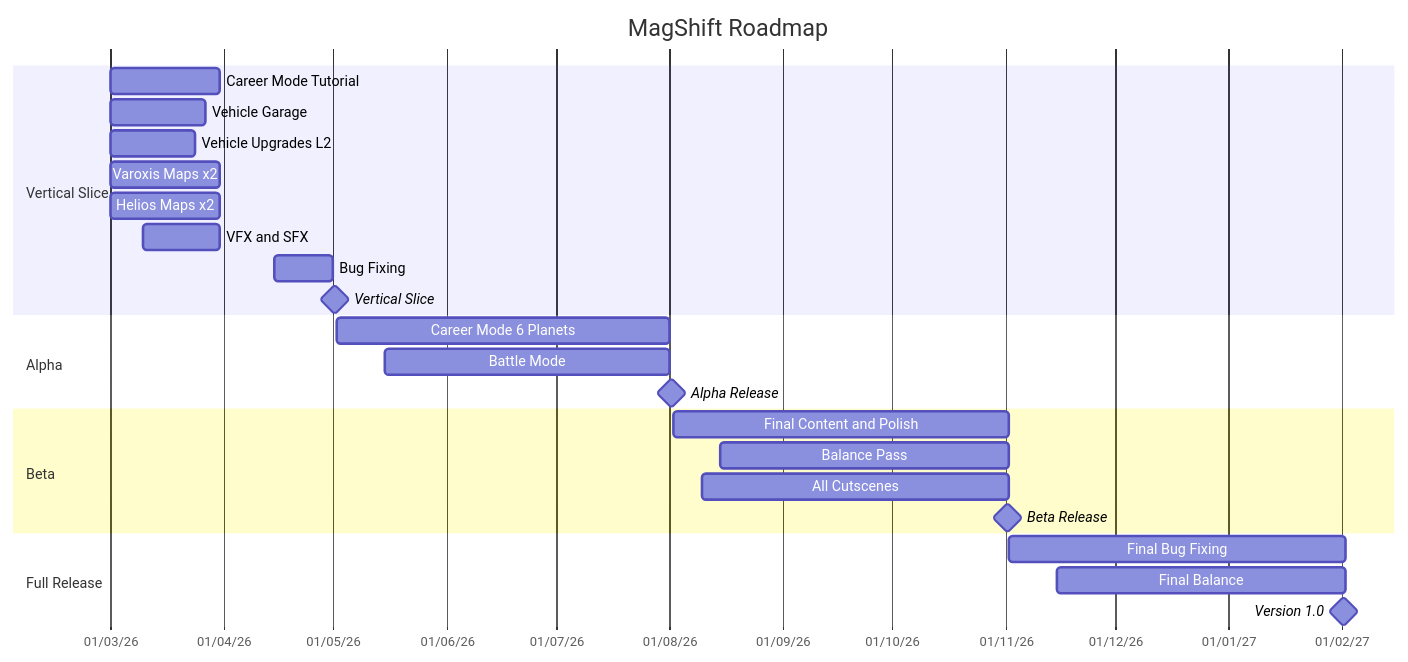
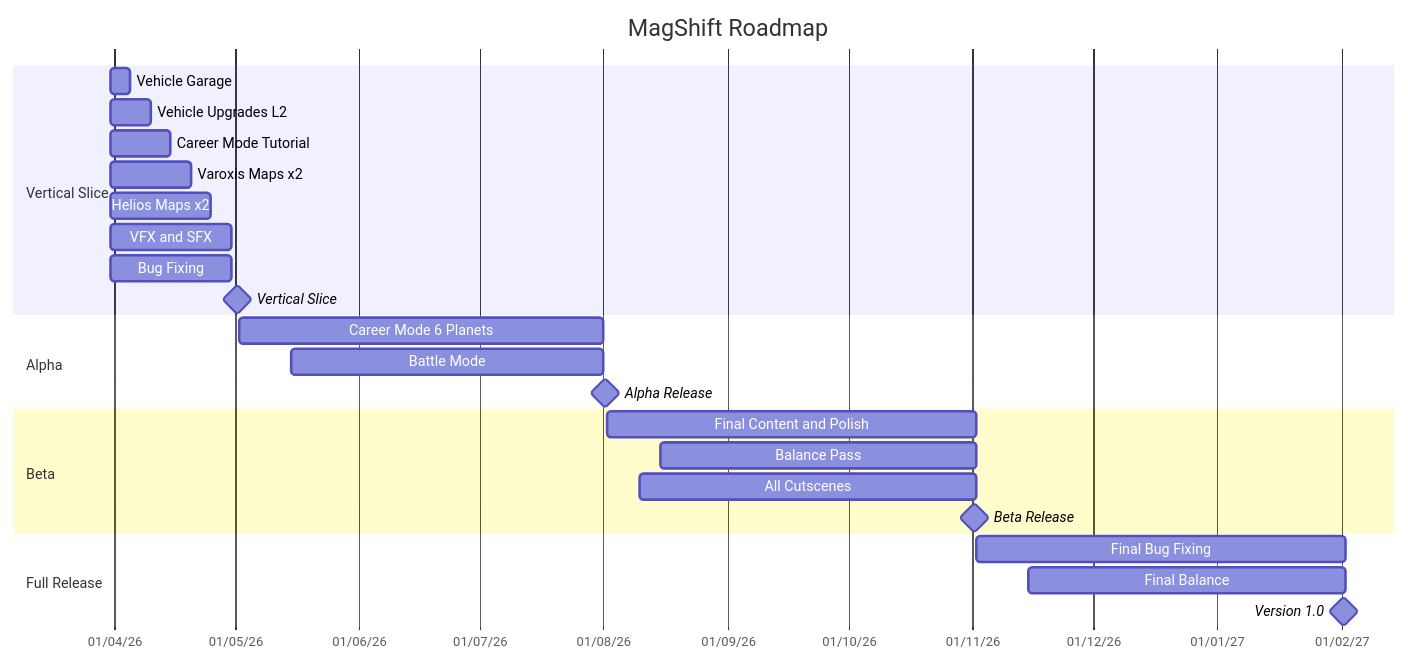
The diagram in Goals2.md (MisahSnow/MagShift-Obsidian), drawn with Mermaid before and after one commit.

Commit message:
DESKTOP-5RS7517 2026-3-31:3:42:55

````diff
--- a/Goals2.md
+++ b/Goals2.md
@@ -3,32 +3,33 @@
 ```mermaid
 gantt
     title MagShift Roadmap
     dateFormat YYYY-MM-DD
     axisFormat %d/%m/%y
 
     section Vertical Slice
-    Career Mode Tutorial :a1, 2026-03-01, 30d
-    Vehicle Garage :a2, 2026-03-01, 26d
-    Vehicle Upgrades L2 :a3, 2026-03-01, 23d
-    Varoxis Maps x2 :a4, 2026-03-01, 30d
-    Helios Maps x2 :a5, 2026-03-01, 30d
-    VFX and SFX :a6, 2026-03-10, 21d
-    Bug Fixing :a7, 2026-04-15, 16d
-    Vertical Slice :milestone, m1, 2026-05-01, 1d
+
+    Vehicle Garage :a2, 2026-03-31, 5d
+    Vehicle Upgrades L2 :a3, 2026-03-31, 10d
+    Career Mode Tutorial :a1, 2026-03-31, 15d
+    Varoxis Maps x2 :a4, 2026-03-31, 20d
+    Helios Maps x2 :a5, 2026-03-31, 25d
+    VFX and SFX :a6, 2026-03-31, 30d
+    Bug Fixing :a7, 2026-03-31,  30d
+    Vertical Slice :milestone, m1, 2026-05-1, 1d
 
     section Alpha
     Career Mode 6 Planets :b1, 2026-05-02, 91d
     Battle Mode :b2, 2026-05-15, 78d
     Alpha Release :milestone, m2, 2026-08-01, 1d
 
     section Beta
     Final Content and Polish :c1, 2026-08-02, 92d
     Balance Pass :c2, 2026-08-15, 79d
     All Cutscenes :c3, 2026-08-10, 84d
     Beta Release :milestone, m3, 2026-11-01, 1d
 
     section Full Release
     Final Bug Fixing :d1, 2026-11-02, 92d
     Final Balance :d2, 2026-11-15, 79d
     Version 1.0 :milestone, m4, 2027-02-01, 1d
 ```
````
